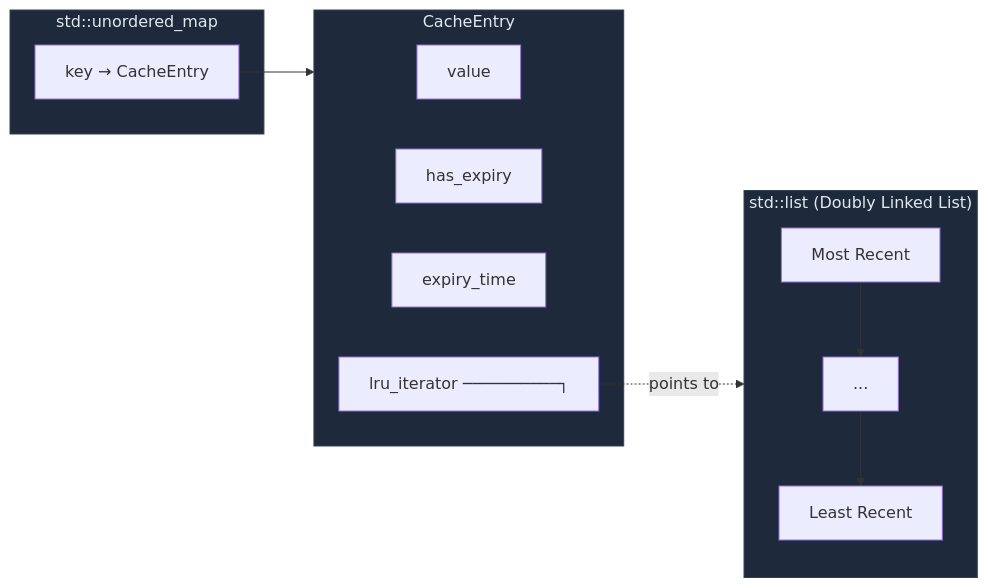
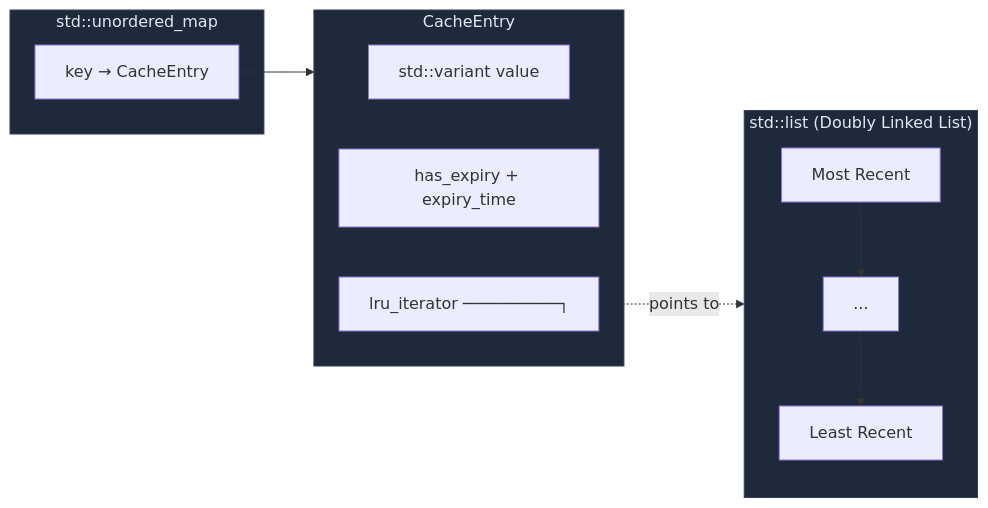
One commit to madhavthesiya/mini-redis changed the second of 2 diagrams in README.md. Above: the diagram before and after it, drawn with Mermaid. The commit also changed other lines of this file and 15 other files, not shown here.

````diff
--- a/README.md
+++ b/README.md
@@ -36,24 +146,23 @@
 ```mermaid
 graph LR
     subgraph HashMap["std::unordered_map"]
         A["key → CacheEntry"]
     end
 
     subgraph DLL["std::list (Doubly Linked List)"]
         MRU["Most Recent"] --> N2["..."] --> LRU["Least Recent"]
     end
 
     subgraph Entry["CacheEntry"]
-        V["value"]
-        E["has_expiry"]
-        T["expiry_time"]
+        V["std::variant value"]
+        E["has_expiry + expiry_time"]
         I["lru_iterator ──────────┐"]
     end
 
     A --> Entry
     I -.->|points to| DLL
 
     style HashMap fill:#1e293b,color:#e2e8f0,stroke:#334155
     style DLL fill:#1e293b,color:#e2e8f0,stroke:#334155
     style Entry fill:#1e293b,color:#e2e8f0,stroke:#334155
 ```
````
